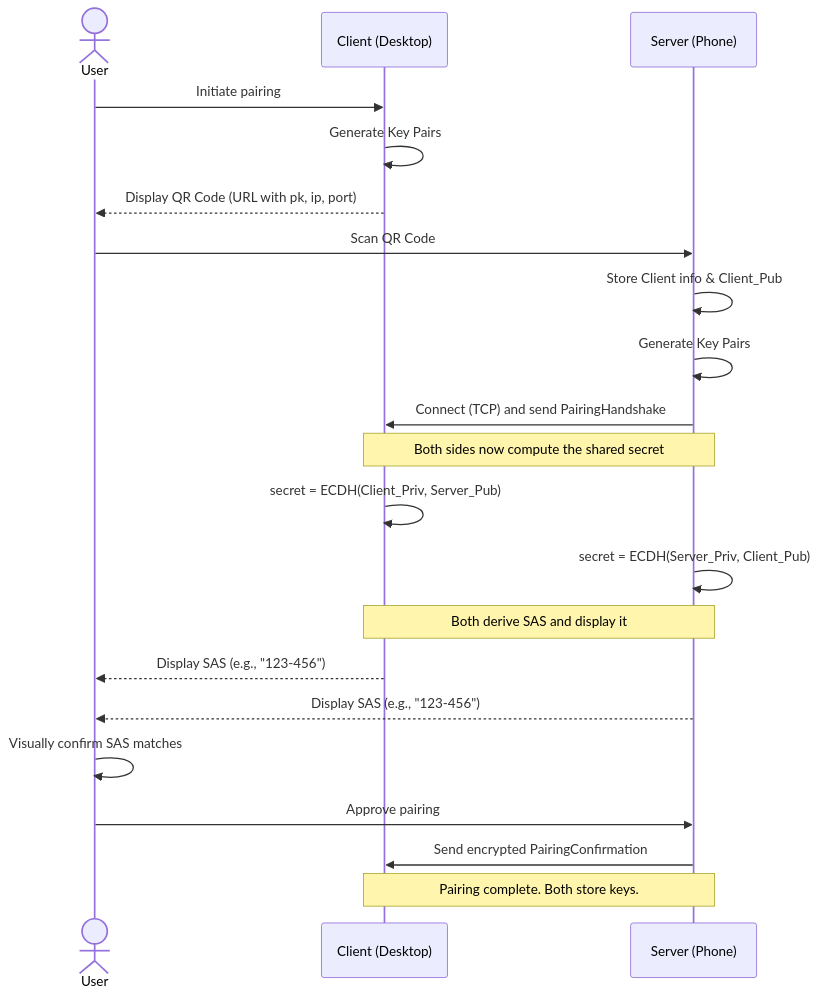
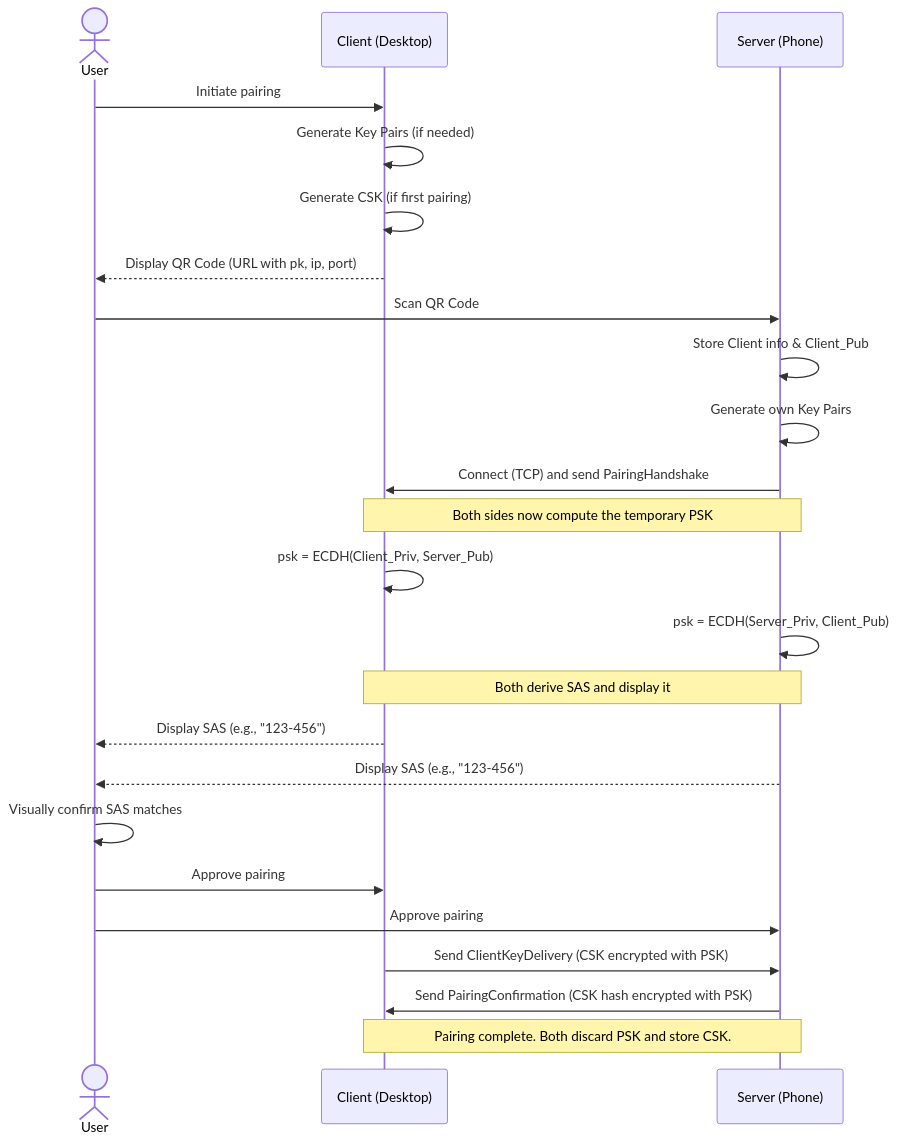
The diagram in docs/design-documents/protocol/initial-key-exchange.md (Lolle2000la/tapauth), drawn with Mermaid before and after one commit. The commit also changed other lines of this file and 4 other files, not shown here.

Commit message:
Extend the pairing process by a shared symmetric key for communication en-/decryption

````diff
--- a/docs/design-documents/protocol/initial-key-exchange.md
+++ b/docs/design-documents/protocol/initial-key-exchange.md
@@ -19,31 +19,34 @@
 ```mermaid
 sequenceDiagram
     actor User
     participant Client (Desktop)
     participant Server (Phone)
 
     User->>Client (Desktop): Initiate pairing
-    Client (Desktop)->>Client (Desktop): Generate Key Pairs
+    Client (Desktop)->>Client (Desktop): Generate Key Pairs (if needed)
+    Client (Desktop)->>Client (Desktop): Generate CSK (if first pairing)
     Client (Desktop)-->>User: Display QR Code (URL with pk, ip, port)
 
     User->>Server (Phone): Scan QR Code
     Server (Phone)->>Server (Phone): Store Client info & Client_Pub
-    Server (Phone)->>Server (Phone): Generate Key Pairs
+    Server (Phone)->>Server (Phone): Generate own Key Pairs
     
     Server (Phone)->>Client (Desktop): Connect (TCP) and send PairingHandshake
     
-    Note over Client (Desktop),Server (Phone): Both sides now compute the shared secret
-    Client (Desktop)->>Client (Desktop): secret = ECDH(Client_Priv, Server_Pub)
-    Server (Phone)->>Server (Phone): secret = ECDH(Server_Priv, Client_Pub)
+    Note over Client (Desktop),Server (Phone): Both sides now compute the temporary PSK
+    Client (Desktop)->>Client (Desktop): psk = ECDH(Client_Priv, Server_Pub)
+    Server (Phone)->>Server (Phone): psk = ECDH(Server_Priv, Client_Pub)
     
     Note over Client (Desktop),Server (Phone): Both derive SAS and display it
     Client (Desktop)-->>User: Display SAS (e.g., "123-456")
     Server (Phone)-->>User: Display SAS (e.g., "123-456")
 
     User->>User: Visually confirm SAS matches
+    User->>Client (Desktop): Approve pairing
     User->>Server (Phone): Approve pairing
     
-    Server (Phone)->>Client (Desktop): Send encrypted PairingConfirmation
+    Client (Desktop)->>Server (Phone): Send ClientKeyDelivery (CSK encrypted with PSK)
+    Server (Phone)->>Client (Desktop): Send PairingConfirmation (CSK hash encrypted with PSK)
     
-    Note over Client (Desktop),Server (Phone): Pairing complete. Both store keys.
+    Note over Client (Desktop),Server (Phone): Pairing complete. Both discard PSK and store CSK.
 ```
````
